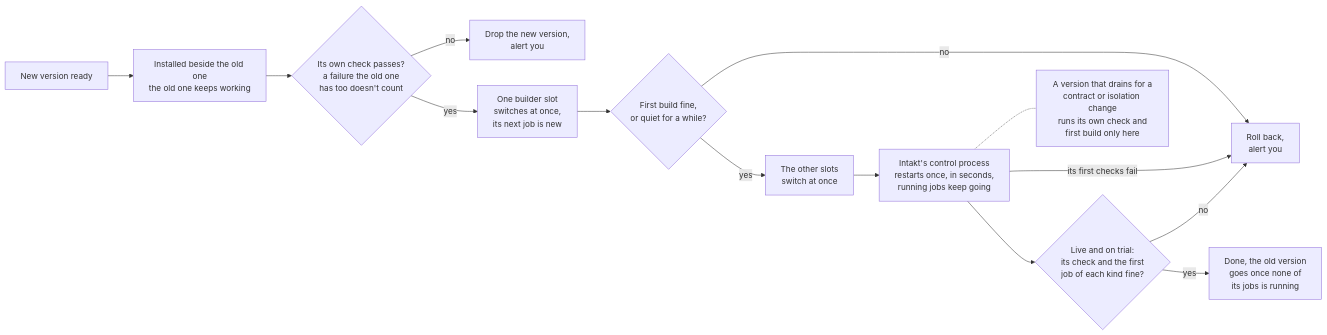
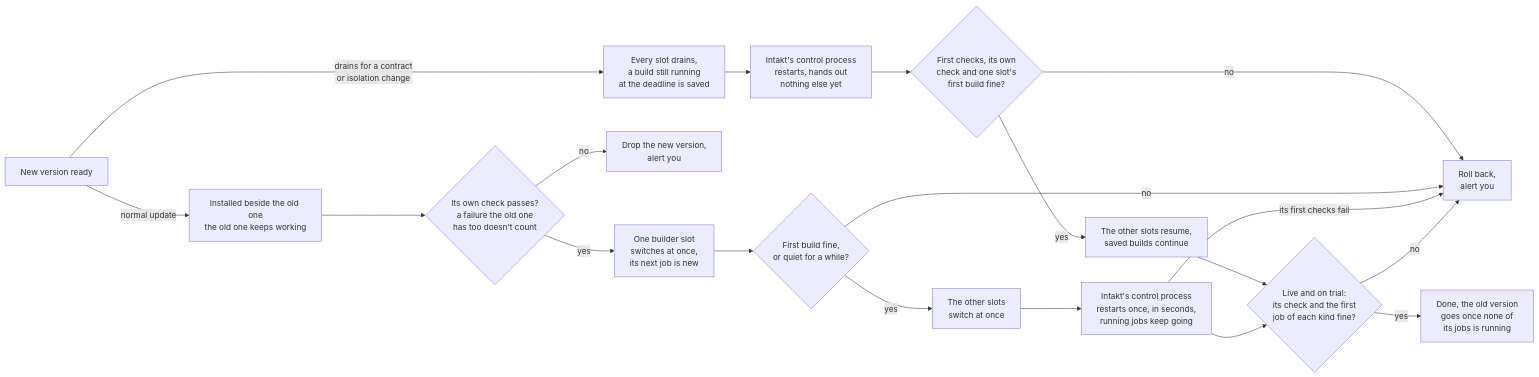
Before and after one commit to shinyredapples/intakt: the fifth of 5 diagrams in docs/guide/the-engine-room.md, drawn with Mermaid. The commit also changed other lines of this file and 4 other files, not shown here.

Commit message:
docs(design): gate drain release admission on its canary and scope cut-over-last to normal updates

````diff
--- a/docs/guide/the-engine-room.md
+++ b/docs/guide/the-engine-room.md
@@ -179,16 +179,21 @@
 ```mermaid
 flowchart LR
-  a[New version ready] --> b[Installed beside the old one<br/>the old one keeps working]
+  a[New version ready] -- normal update --> b[Installed beside the old one<br/>the old one keeps working]
+  a -- drains for a contract<br/>or isolation change --> n[Every slot drains,<br/>a build still running<br/>at the deadline is saved]
+  n --> o[Intakt's control process<br/>restarts, hands out<br/>nothing else yet]
+  o --> p{First checks, its own<br/>check and one slot's<br/>first build fine?}
+  p -- no --> h
+  p -- yes --> q[The other slots resume,<br/>saved builds continue]
+  q --> l
   b --> c{Its own check passes?<br/>a failure the old one<br/>has too doesn't count}
   c -- no --> g[Drop the new version,<br/>alert you]
   c -- yes --> d[One builder slot<br/>switches at once,<br/>its next job is new]
   d --> e{First build fine,<br/>or quiet for a while?}
   e -- no --> h[Roll back,<br/>alert you]
   e -- yes --> f[The other slots<br/>switch at once]
   f --> j[Intakt's control process<br/>restarts once, in seconds,<br/>running jobs keep going]
-  j -.- k[A version that drains for a<br/>contract or isolation change<br/>runs its own check and<br/>first build only here]
   j -- its first checks fail --> h
   j --> l{Live and on trial:<br/>its check and the first<br/>job of each kind fine?}
   l -- no --> h
   l -- yes --> m[Done, the old version<br/>goes once none of<br/>its jobs is running]
 ```
````
